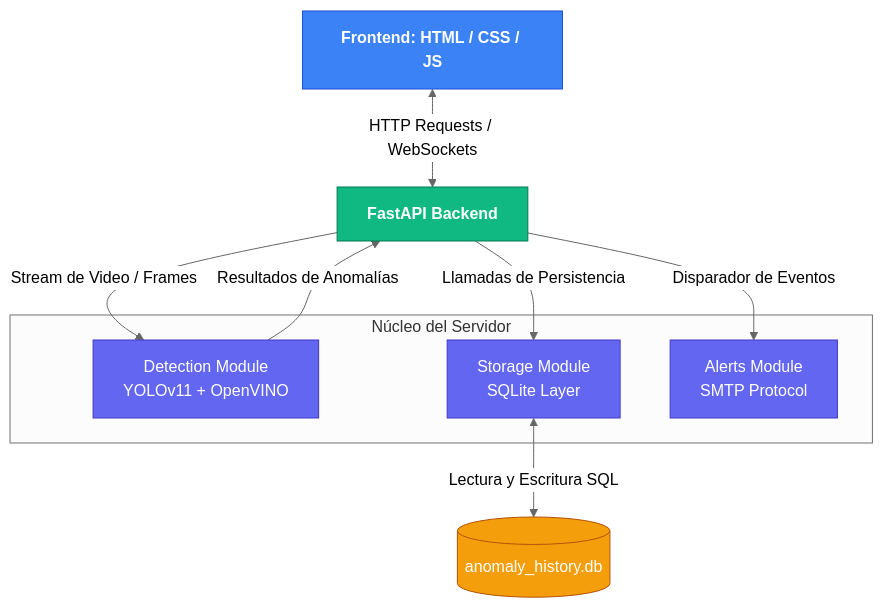
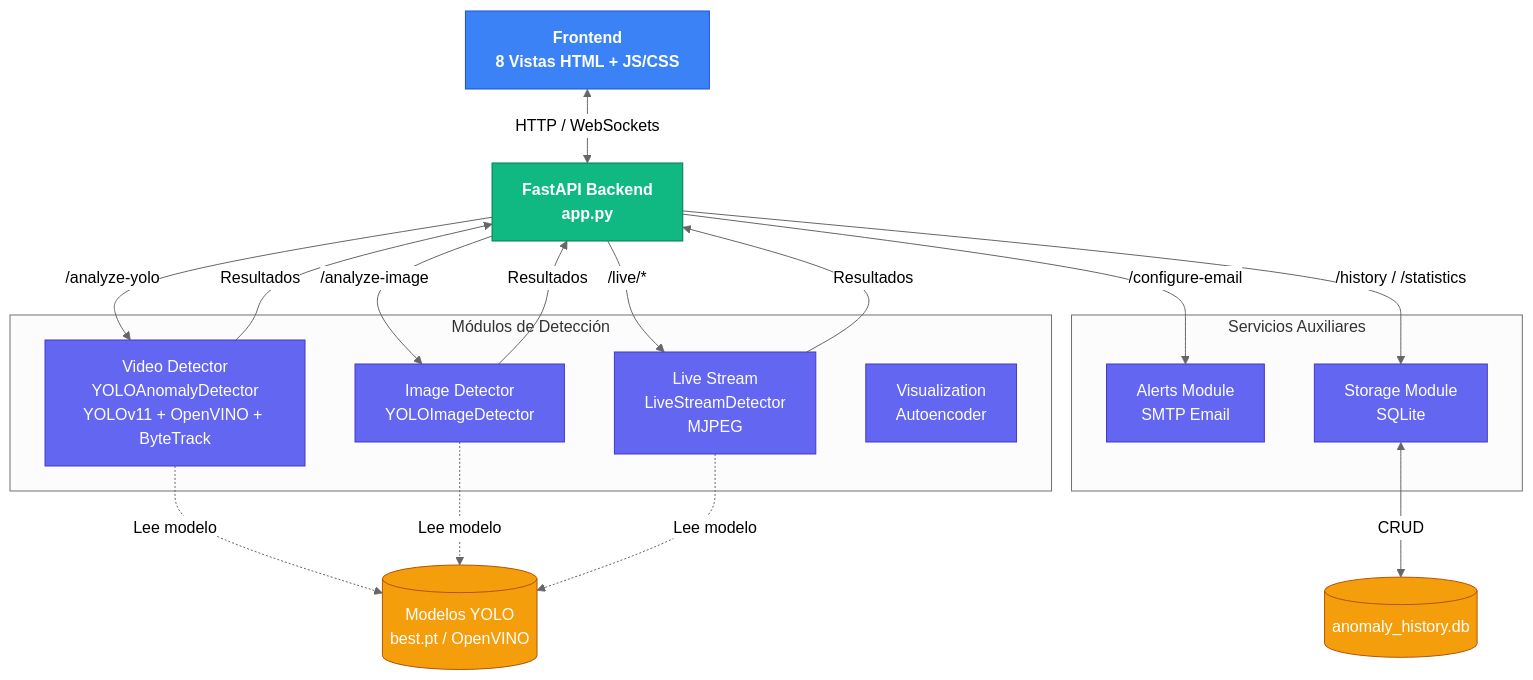
The first of 5 diagrams in README.md (Sibahia/Iris-System-Detector-IA), drawn with Mermaid (neutral theme) before and after one commit. The commit also changed other lines of this file, not shown here.

Commit message:
docs: update architecture diagram to reflect actual codebase and remove duplicate

````diff
--- a/README.md
+++ b/README.md
@@ -8,29 +8,46 @@
 ```mermaid
 graph TD
     %% Estilos globales
     classDef frontend fill:#3b82f6,stroke:#1d4ed8,color:#fff,font-weight:bold;
     classDef backend fill:#10b981,stroke:#047857,color:#fff,font-weight:bold;
     classDef module fill:#6366f1,stroke:#4338ca,color:#fff;
     classDef storage fill:#f59e0b,stroke:#b45309,color:#fff;
 
     %% Nodos de la Arquitectura
-    UI[Frontend: HTML / CSS / JS]:::frontend
-    API[FastAPI Backend]:::backend
-    
-    subgraph Módulos Internos [Núcleo del Servidor]
-        DET[Detection Module<br>YOLOv11 + OpenVINO]:::module
-        DB_MOD[Storage Module<br>SQLite Layer]:::module
-        ALT[Alerts Module<br>SMTP Protocol]:::module
+    UI[Frontend<br>8 Vistas HTML + JS/CSS]:::frontend
+    API[FastAPI Backend<br>app.py]:::backend
+
+    subgraph Core [Módulos de Detección]
+        VID[Video Detector<br>YOLOAnomalyDetector<br>YOLOv11 + OpenVINO + ByteTrack]:::module
+        IMG[Image Detector<br>YOLOImageDetector]:::module
+        LIVE[Live Stream<br>LiveStreamDetector<br>MJPEG]:::module
+        VIZ[Visualization<br>Autoencoder]:::module
     end
-    
+
+    subgraph Aux [Servicios Auxiliares]
+        ALT[Alerts Module<br>SMTP Email]:::module
+        DB_MOD[Storage Module<br>SQLite]:::module
+    end
+
     DB[(anomaly_history.db)]:::storage
+    MOD[(Modelos YOLO<br>best.pt / OpenVINO)]:::storage
 
     %% Flujos de datos y conexiones
-    UI <-->|HTTP Requests / WebSockets| API
-    API -->|Stream de Video / Frames| DET
-    API -->|Llamadas de Persistencia| DB_MOD
-    API -->|Disparador de Eventos| ALT
-    
-    DET -->|Resultados de Anomalías| API
-    DB_MOD <-->|Lectura y Escritura SQL| DB
+    UI <-->|HTTP / WebSockets| API
+
+    API -->|/analyze-yolo| VID
+    API -->|/analyze-image| IMG
+    API -->|/live/*| LIVE
+    API -->|/history / /statistics| DB_MOD
+    API -->|/configure-email| ALT
+
+    VID -->|Resultados| API
+    IMG -->|Resultados| API
+    LIVE -->|Resultados| API
+
+    VID -.->|Lee modelo| MOD
+    IMG -.->|Lee modelo| MOD
+    LIVE -.->|Lee modelo| MOD
+
+    DB_MOD <-->|CRUD| DB
 ```
````
